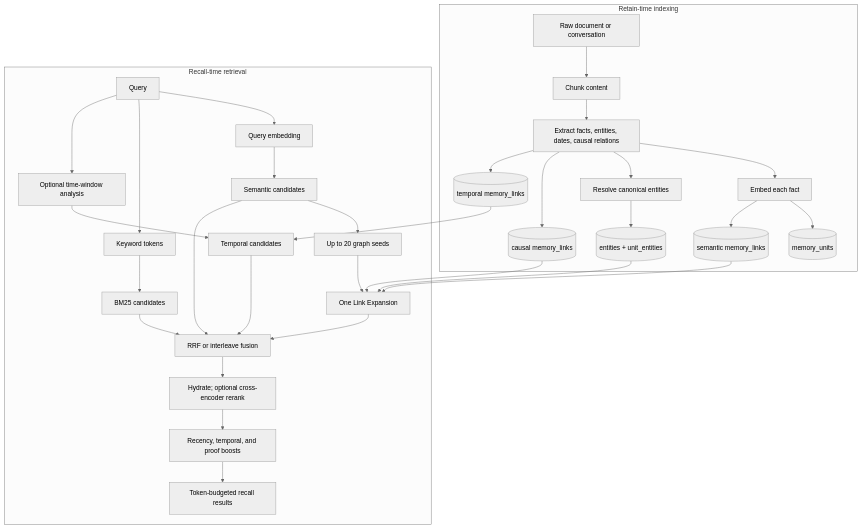
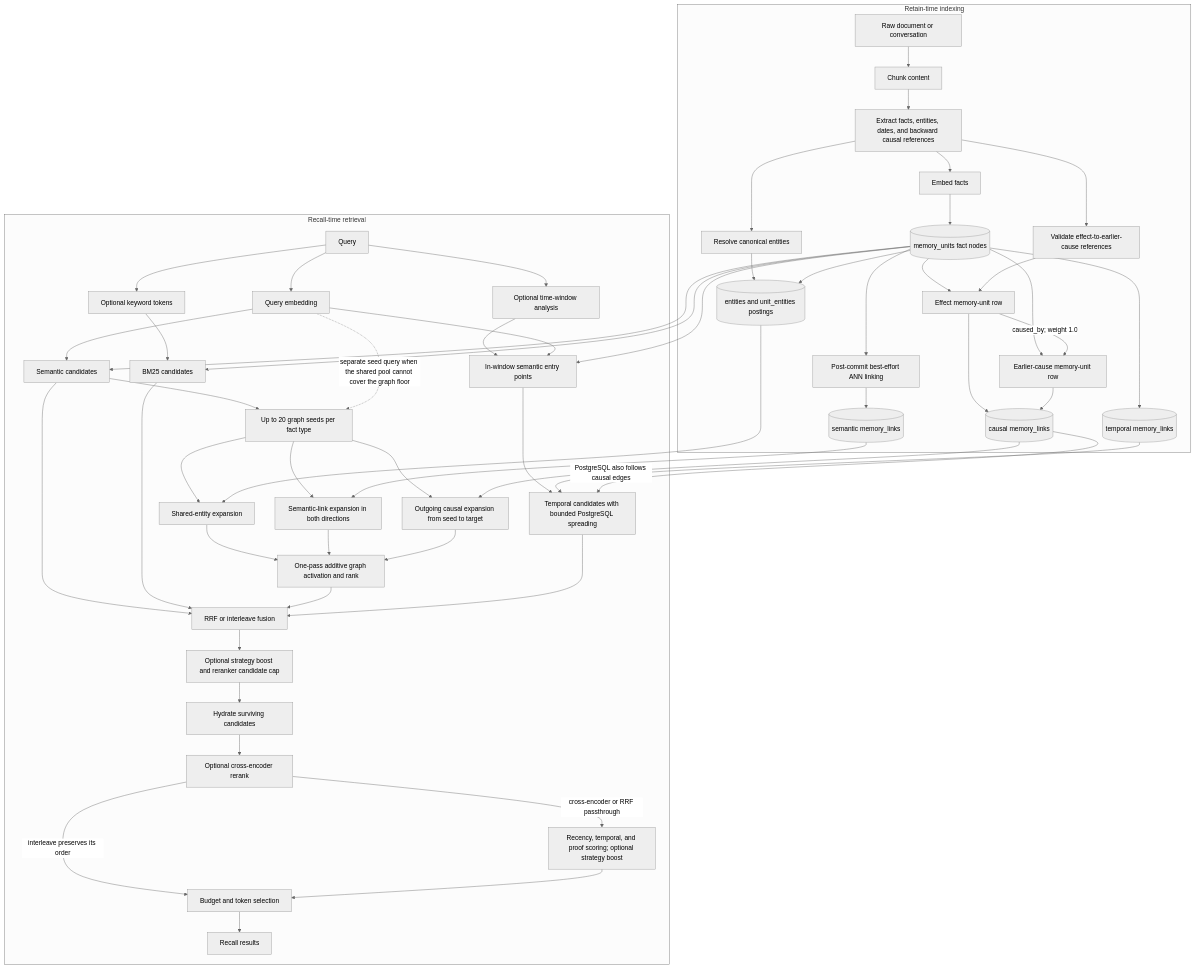
Before and after one commit to rocke2020/hindsight: the diagram in learning/design_points/graph-retrieval-flow.md, drawn with Mermaid (neutral theme). The commit also changed other lines of this file and 2 other files, not shown here.

Commit message:
docs: refine graph retrieval design

````diff
--- a/learning/design_points/graph-retrieval-flow.md
+++ b/learning/design_points/graph-retrieval-flow.md
@@ -28,36 +27,60 @@
 ```mermaid
 flowchart TD
     subgraph Retain[Retain-time indexing]
         A[Raw document or conversation] --> B[Chunk content]
-        B --> C[Extract facts, entities, dates, causal relations]
-        C --> D[Embed each fact]
+        B --> C[Extract facts, entities, dates, and backward causal references]
+        C --> D[Embed facts]
         C --> E[Resolve canonical entities]
-        D --> F[(memory_units)]
-        E --> G[(entities + unit_entities)]
-        C --> H[(causal memory_links)]
-        D --> I[(semantic memory_links)]
-        C --> J[(temporal memory_links)]
+        D --> F[(memory_units fact nodes)]
+        E --> G[(entities and unit_entities postings)]
+        F --> G
+        C --> CR[Validate effect-to-earlier-cause references]
+        F --> EFFECT[Effect memory-unit row]
+        F --> CAUSE[Earlier-cause memory-unit row]
+        CR --> EFFECT
+        EFFECT -->|caused_by; weight 1.0| CAUSE
+        EFFECT --> H[(causal memory_links)]
+        CAUSE --> H
+        F --> J[(temporal memory_links)]
+        F --> ANN[Post-commit best-effort ANN linking]
+        ANN --> I[(semantic memory_links)]
     end
 
     subgraph Recall[Recall-time retrieval]
         Q[Query] --> QE[Query embedding]
-        Q --> QT[Keyword tokens]
+        Q --> QT[Optional keyword tokens]
         Q --> QD[Optional time-window analysis]
         QE --> S[Semantic candidates]
         QT --> K[BM25 candidates]
-        S --> GS[Up to 20 graph seeds]
-        GS --> GE[One Link Expansion]
-        G --> GE
-        H --> GE
-        I --> GE
-        QD --> T[Temporal candidates]
+        F --> S
+        F --> K
+        S --> GS[Up to 20 graph seeds per fact type]
+        QE -. separate seed query when the shared pool cannot cover the graph floor .-> GS
+        GS --> EE[Shared-entity expansion]
+        GS --> SE[Semantic-link expansion in both directions]
+        GS --> CA[Outgoing causal expansion from seed to target]
+        G --> EE
+        I --> SE
+        H --> CA
+        EE --> GE[One-pass additive graph activation and rank]
+        SE --> GE
+        CA --> GE
+        QD --> TS[In-window semantic entry points]
+        QE --> TS
+        F --> TS
+        TS --> T[Temporal candidates with bounded PostgreSQL spreading]
         J --> T
-        S --> RRF[RRF or interleave fusion]
-        K --> RRF
-        GE --> RRF
-        T --> RRF
-        RRF --> CE[Hydrate; optional cross-encoder rerank]
-        CE --> SCORE[Recency, temporal, and proof boosts]
-        SCORE --> OUT[Token-budgeted recall results]
+        H -->|PostgreSQL also follows causal edges| T
+        S --> FUSE[RRF or interleave fusion]
+        K --> FUSE
+        GE --> FUSE
+        T --> FUSE
+        FUSE --> CAP[Optional strategy boost and reranker candidate cap]
+        CAP --> HY[Hydrate surviving candidates]
+        HY --> RR[Optional cross-encoder rerank]
+        RR -->|cross-encoder or RRF passthrough| SCORE[Recency, temporal, and proof scoring; optional strategy boost]
+        RR -->|interleave preserves its order| PACK[Budget and token selection]
+        SCORE --> PACK
+        PACK --> OUT[Recall results]
     end
 ```
````
